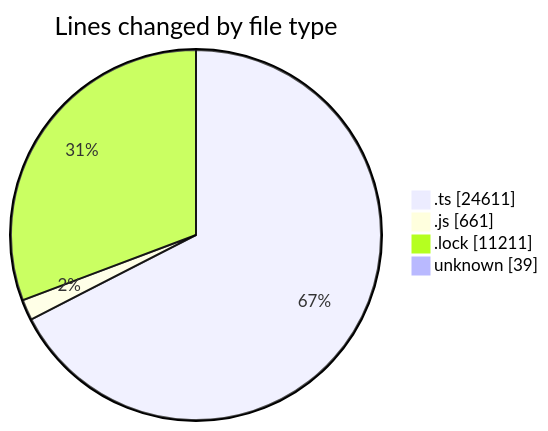
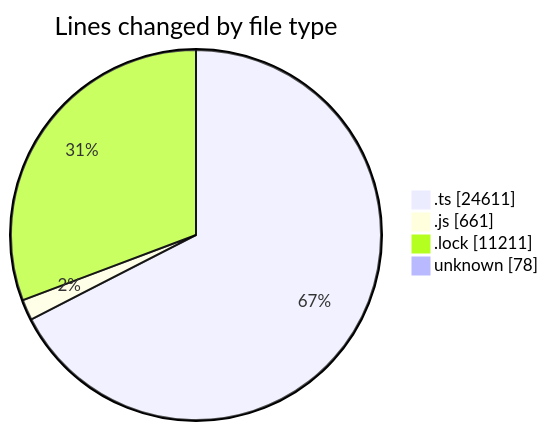
The first of 2 diagrams in 2025-05-20/cda/README.md (momahboobian/code-tracking), drawn with Mermaid before and after one commit. The commit also changed other lines of this file and 1 other file, not shown here.

````diff
--- a/2025-05-20/cda/README.md
+++ b/2025-05-20/cda/README.md
@@ -34,8 +34,8 @@
 ```mermaid
 pie showData
 title Lines changed by file type
 ".ts" : 24611
 ".js" : 661
 ".lock" : 11211
-"unknown" : 39
+"unknown" : 78
 ```
````
